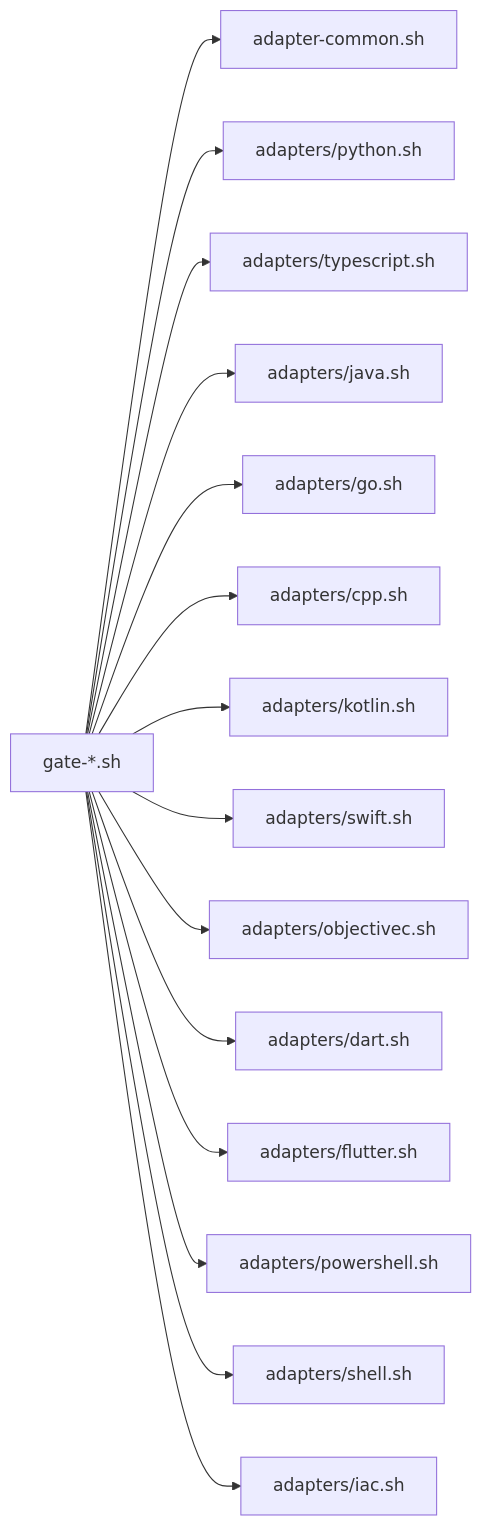
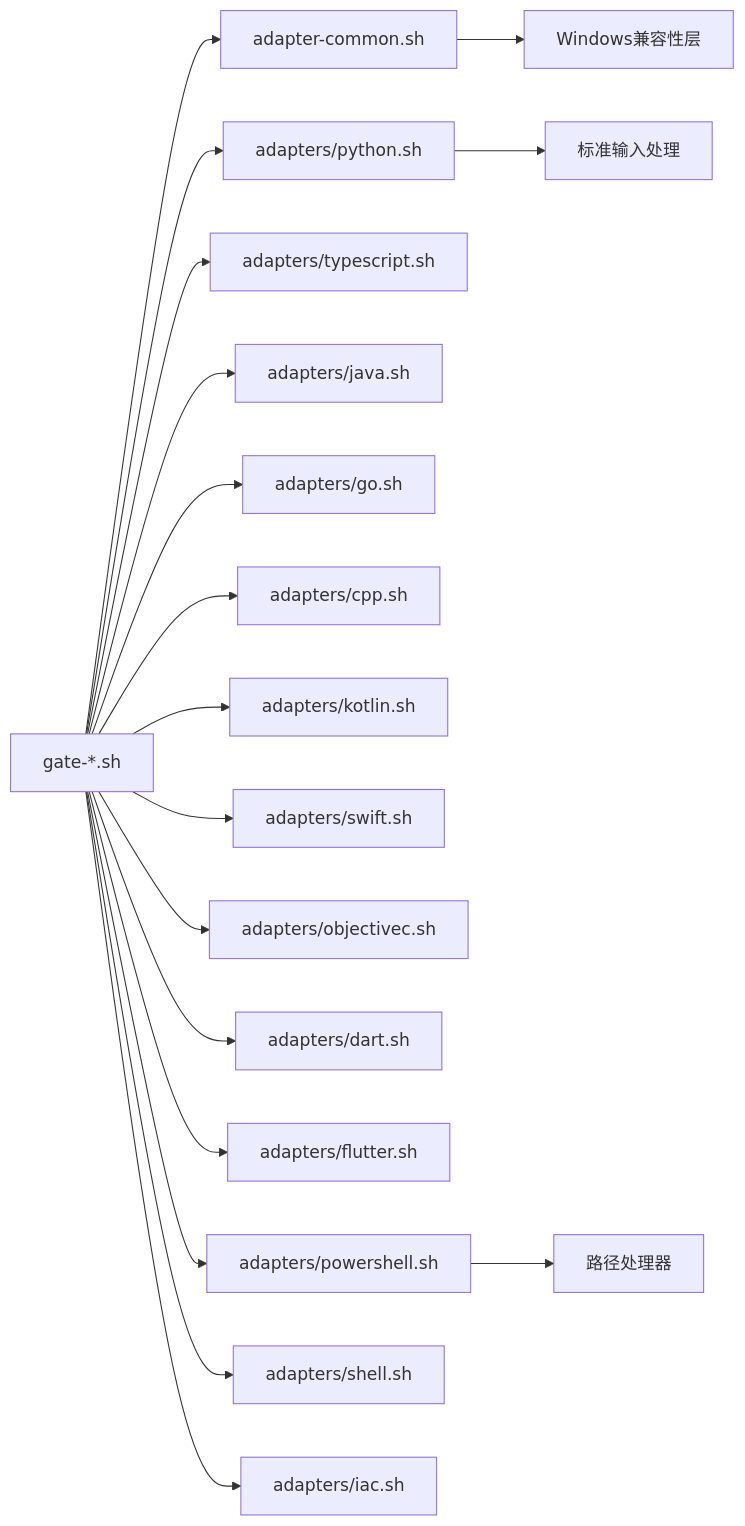
One commit to boyingliu01/fault-review-analyzer changed the fifth of 5 diagrams in .qoder/repowiki/zh/content/开发指南/Git Hooks系统.md. Above: the diagram before and after it, drawn with Mermaid. The commit also changed other lines of this file and 125 other files, not shown here.

````diff
--- a/.qoder/repowiki/zh/content/开发指南/Git Hooks系统.md
+++ b/.qoder/repowiki/zh/content/开发指南/Git Hooks系统.md
@@ -405,17 +424,20 @@
 ```mermaid
 graph LR
 Gate["gate-*.sh"] --> Common["adapter-common.sh"]
 Gate --> Py["adapters/python.sh"]
 Gate --> TS["adapters/typescript.sh"]
 Gate --> Java["adapters/java.sh"]
 Gate --> Go["adapters/go.sh"]
 Gate --> Cpp["adapters/cpp.sh"]
 Gate --> Kt["adapters/kotlin.sh"]
 Gate --> Swift["adapters/swift.sh"]
 Gate --> ObjC["adapters/objectivec.sh"]
 Gate --> Dart["adapters/dart.sh"]
 Gate --> Flutter["adapters/flutter.sh"]
 Gate --> PS["adapters/powershell.sh"]
 Gate --> Sh["adapters/shell.sh"]
 Gate --> IaC["adapters/iac.sh"]
+Common --> WinCompat["Windows兼容性层"]
+Py --> StdIn["标准输入处理"]
+PS --> PathProc["路径处理器"]
 ```
````
